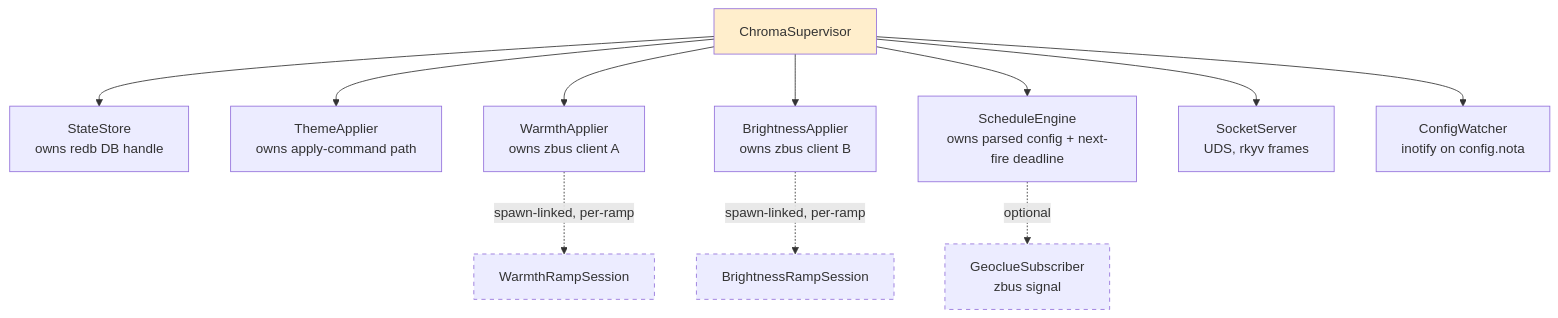
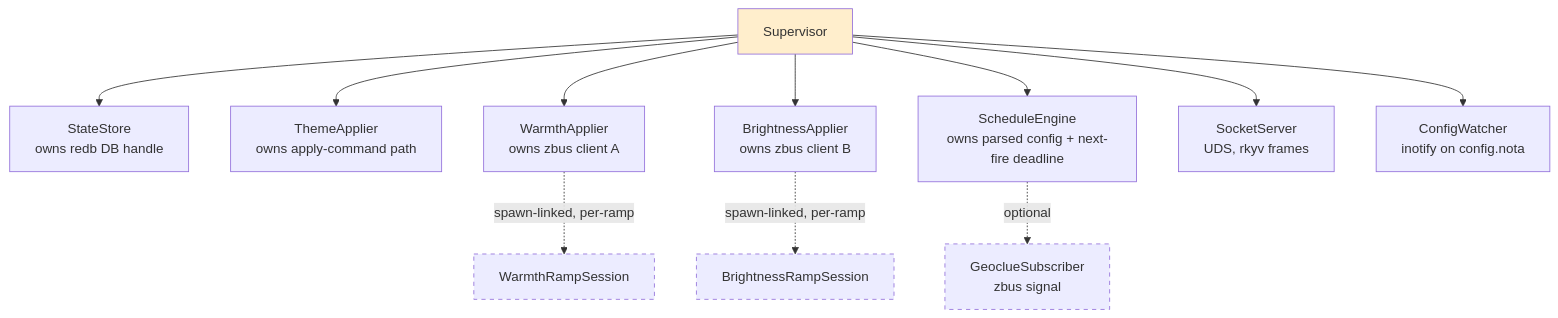
The fifth of 6 diagrams in reports/system-specialist/28-chroma-unified-visual-daemon.md (LiGoldragon/primary), drawn with Mermaid before and after one commit. The commit also changed other lines of this file, not shown here.

Commit message:
system-specialist: report 28 — drop Chroma- prefix from types; chromad → chroma-daemon

````diff
--- a/reports/system-specialist/28-chroma-unified-visual-daemon.md
+++ b/reports/system-specialist/28-chroma-unified-visual-daemon.md
@@ -374,19 +374,19 @@
 ```mermaid
 flowchart TB
-  sup[ChromaSupervisor]
+  sup[Supervisor]
   sup --> store["StateStore<br/>owns redb DB handle"]
   sup --> theme["ThemeApplier<br/>owns apply-command path"]
   sup --> warmth["WarmthApplier<br/>owns zbus client A"]
   sup --> bright["BrightnessApplier<br/>owns zbus client B"]
   sup --> engine["ScheduleEngine<br/>owns parsed config + next-fire deadline"]
   sup --> server["SocketServer<br/>UDS, rkyv frames"]
   sup --> watch["ConfigWatcher<br/>inotify on config.nota"]
   engine -.optional.-> geo["GeoclueSubscriber<br/>zbus signal"]
   warmth -.spawn-linked, per-ramp.-> wramp["WarmthRampSession"]
   bright -.spawn-linked, per-ramp.-> bramp["BrightnessRampSession"]
 
   style sup fill:#fec
   style geo stroke-dasharray: 5 5
   style wramp stroke-dasharray: 5 5
   style bramp stroke-dasharray: 5 5
 ```
````
